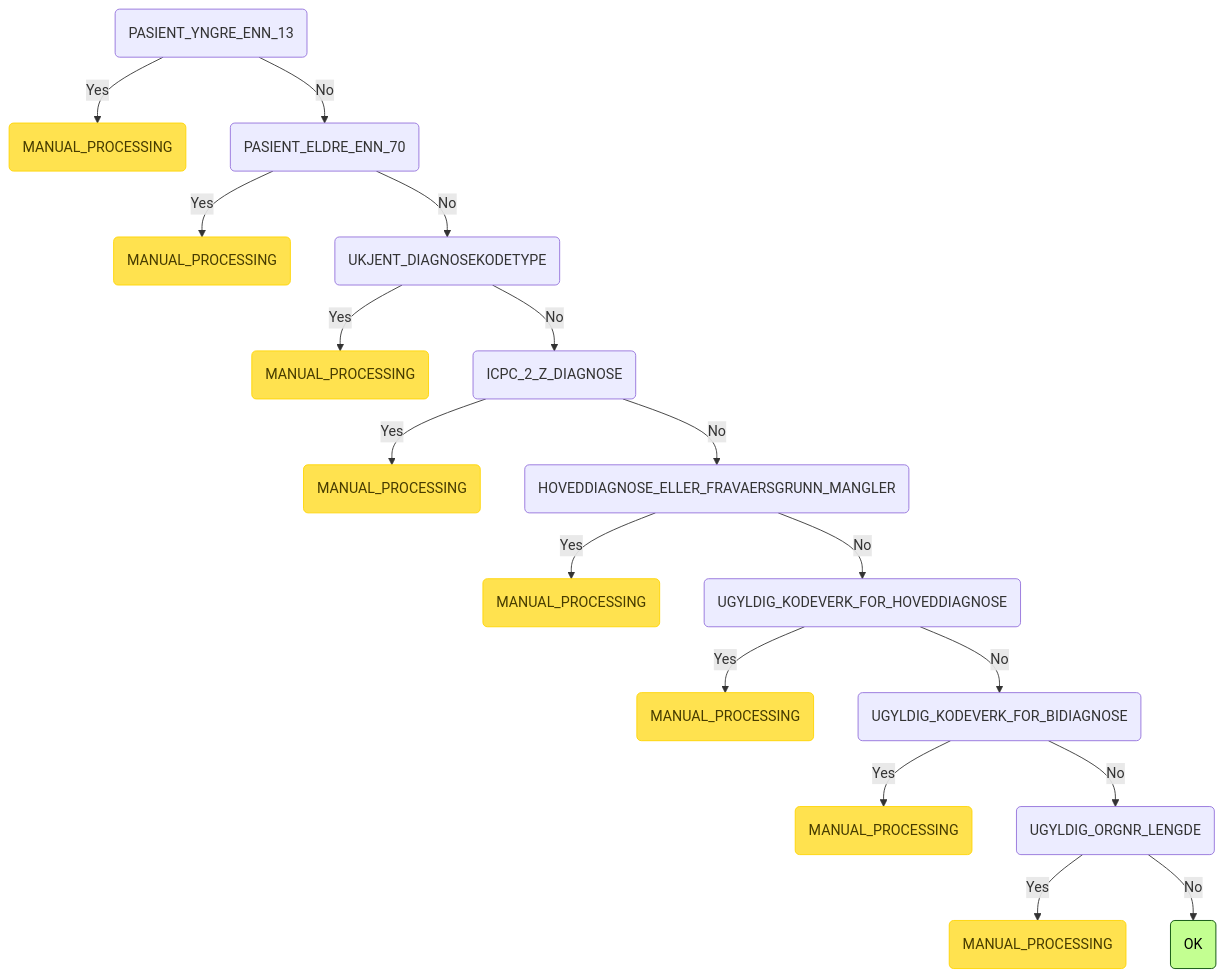
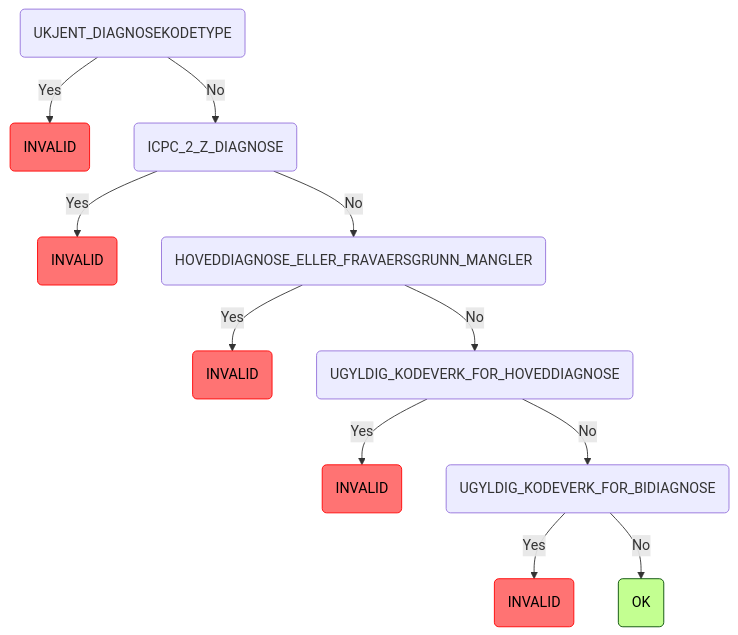
One commit to navikt/syfosmpapirregler changed the fifth of 10 diagrams in README.md. Above: the diagram before and after it, drawn with Mermaid. The commit also changed other lines of this file and 40 other files, not shown here.

````diff
--- a/README.md
+++ b/README.md
@@ -68,22 +102,16 @@
 ```mermaid
 graph TD
-    root(PASIENT_YNGRE_ENN_13) -->|Yes| root_PASIENT_YNGRE_ENN_13_MANUAL_PROCESSING(MANUAL_PROCESSING):::manuell
-    root(PASIENT_YNGRE_ENN_13) -->|No| root_PASIENT_YNGRE_ENN_13_PASIENT_ELDRE_ENN_70(PASIENT_ELDRE_ENN_70)
-    root_PASIENT_YNGRE_ENN_13_PASIENT_ELDRE_ENN_70(PASIENT_ELDRE_ENN_70) -->|Yes| root_PASIENT_YNGRE_ENN_13_PASIENT_ELDRE_ENN_70_MANUAL_PROCESSING(MANUAL_PROCESSING):::manuell
-    root_PASIENT_YNGRE_ENN_13_PASIENT_ELDRE_ENN_70(PASIENT_ELDRE_ENN_70) -->|No| root_PASIENT_YNGRE_ENN_13_PASIENT_ELDRE_ENN_70_UKJENT_DIAGNOSEKODETYPE(UKJENT_DIAGNOSEKODETYPE)
-    root_PASIENT_YNGRE_ENN_13_PASIENT_ELDRE_ENN_70_UKJENT_DIAGNOSEKODETYPE(UKJENT_DIAGNOSEKODETYPE) -->|Yes| root_PASIENT_YNGRE_ENN_13_PASIENT_ELDRE_ENN_70_UKJENT_DIAGNOSEKODETYPE_MANUAL_PROCESSING(MANUAL_PROCESSING):::manuell
-    root_PASIENT_YNGRE_ENN_13_PASIENT_ELDRE_ENN_70_UKJENT_DIAGNOSEKODETYPE(UKJENT_DIAGNOSEKODETYPE) -->|No| root_PASIENT_YNGRE_ENN_13_PASIENT_ELDRE_ENN_70_UKJENT_DIAGNOSEKODETYPE_ICPC_2_Z_DIAGNOSE(ICPC_2_Z_DIAGNOSE)
-    root_PASIENT_YNGRE_ENN_13_PASIENT_ELDRE_ENN_70_UKJENT_DIAGNOSEKODETYPE_ICPC_2_Z_DIAGNOSE(ICPC_2_Z_DIAGNOSE) -->|Yes| root_PASIENT_YNGRE_ENN_13_PASIENT_ELDRE_ENN_70_UKJENT_DIAGNOSEKODETYPE_ICPC_2_Z_DIAGNOSE_MANUAL_PROCESSING(MANUAL_PROCESSING):::manuell
-    root_PASIENT_YNGRE_ENN_13_PASIENT_ELDRE_ENN_70_UKJENT_DIAGNOSEKODETYPE_ICPC_2_Z_DIAGNOSE(ICPC_2_Z_DIAGNOSE) -->|No| root_PASIENT_YNGRE_ENN_13_PASIENT_ELDRE_ENN_70_UKJENT_DIAGNOSEKODETYPE_ICPC_2_Z_DIAGNOSE_HOVEDDIAGNOSE_ELLER_FRAVAERSGRUNN_MANGLER(HOVEDDIAGNOSE_ELLER_FRAVAERSGRUNN_MANGLER)
-    root_PASIENT_YNGRE_ENN_13_PASIENT_ELDRE_ENN_70_UKJENT_DIAGNOSEKODETYPE_ICPC_2_Z_DIAGNOSE_HOVEDDIAGNOSE_ELLER_FRAVAERSGRUNN_MANGLER(HOVEDDIAGNOSE_ELLER_FRAVAERSGRUNN_MANGLER) -->|Yes| root_PASIENT_YNGRE_ENN_13_PASIENT_ELDRE_ENN_70_UKJENT_DIAGNOSEKODETYPE_ICPC_2_Z_DIAGNOSE_HOVEDDIAGNOSE_ELLER_FRAVAERSGRUNN_MANGLER_MANUAL_PROCESSING(MANUAL_PROCESSING):::manuell
-    root_PASIENT_YNGRE_ENN_13_PASIENT_ELDRE_ENN_70_UKJENT_DIAGNOSEKODETYPE_ICPC_2_Z_DIAGNOSE_HOVEDDIAGNOSE_ELLER_FRAVAERSGRUNN_MANGLER(HOVEDDIAGNOSE_ELLER_FRAVAERSGRUNN_MANGLER) -->|No| root_PASIENT_YNGRE_ENN_13_PASIENT_ELDRE_ENN_70_UKJENT_DIAGNOSEKODETYPE_ICPC_2_Z_DIAGNOSE_HOVEDDIAGNOSE_ELLER_FRAVAERSGRUNN_MANGLER_UGYLDIG_KODEVERK_FOR_HOVEDDIAGNOSE(UGYLDIG_KODEVERK_FOR_HOVEDDIAGNOSE)
-    root_PASIENT_YNGRE_ENN_13_PASIENT_ELDRE_ENN_70_UKJENT_DIAGNOSEKODETYPE_ICPC_2_Z_DIAGNOSE_HOVEDDIAGNOSE_ELLER_FRAVAERSGRUNN_MANGLER_UGYLDIG_KODEVERK_FOR_HOVEDDIAGNOSE(UGYLDIG_KODEVERK_FOR_HOVEDDIAGNOSE) -->|Yes| root_PASIENT_YNGRE_ENN_13_PASIENT_ELDRE_ENN_70_UKJENT_DIAGNOSEKODETYPE_ICPC_2_Z_DIAGNOSE_HOVEDDIAGNOSE_ELLER_FRAVAERSGRUNN_MANGLER_UGYLDIG_KODEVERK_FOR_HOVEDDIAGNOSE_MANUAL_PROCESSING(MANUAL_PROCESSING):::manuell
-    root_PASIENT_YNGRE_ENN_13_PASIENT_ELDRE_ENN_70_UKJENT_DIAGNOSEKODETYPE_ICPC_2_Z_DIAGNOSE_HOVEDDIAGNOSE_ELLER_FRAVAERSGRUNN_MANGLER_UGYLDIG_KODEVERK_FOR_HOVEDDIAGNOSE(UGYLDIG_KODEVERK_FOR_HOVEDDIAGNOSE) -->|No| root_PASIENT_YNGRE_ENN_13_PASIENT_ELDRE_ENN_70_UKJENT_DIAGNOSEKODETYPE_ICPC_2_Z_DIAGNOSE_HOVEDDIAGNOSE_ELLER_FRAVAERSGRUNN_MANGLER_UGYLDIG_KODEVERK_FOR_HOVEDDIAGNOSE_UGYLDIG_KODEVERK_FOR_BIDIAGNOSE(UGYLDIG_KODEVERK_FOR_BIDIAGNOSE)
-    root_PASIENT_YNGRE_ENN_13_PASIENT_ELDRE_ENN_70_UKJENT_DIAGNOSEKODETYPE_ICPC_2_Z_DIAGNOSE_HOVEDDIAGNOSE_ELLER_FRAVAERSGRUNN_MANGLER_UGYLDIG_KODEVERK_FOR_HOVEDDIAGNOSE_UGYLDIG_KODEVERK_FOR_BIDIAGNOSE(UGYLDIG_KODEVERK_FOR_BIDIAGNOSE) -->|Yes| root_PASIENT_YNGRE_ENN_13_PASIENT_ELDRE_ENN_70_UKJENT_DIAGNOSEKODETYPE_ICPC_2_Z_DIAGNOSE_HOVEDDIAGNOSE_ELLER_FRAVAERSGRUNN_MANGLER_UGYLDIG_KODEVERK_FOR_HOVEDDIAGNOSE_UGYLDIG_KODEVERK_FOR_BIDIAGNOSE_MANUAL_PROCESSING(MANUAL_PROCESSING):::manuell
-    root_PASIENT_YNGRE_ENN_13_PASIENT_ELDRE_ENN_70_UKJENT_DIAGNOSEKODETYPE_ICPC_2_Z_DIAGNOSE_HOVEDDIAGNOSE_ELLER_FRAVAERSGRUNN_MANGLER_UGYLDIG_KODEVERK_FOR_HOVEDDIAGNOSE_UGYLDIG_KODEVERK_FOR_BIDIAGNOSE(UGYLDIG_KODEVERK_FOR_BIDIAGNOSE) -->|No| root_PASIENT_YNGRE_ENN_13_PASIENT_ELDRE_ENN_70_UKJENT_DIAGNOSEKODETYPE_ICPC_2_Z_DIAGNOSE_HOVEDDIAGNOSE_ELLER_FRAVAERSGRUNN_MANGLER_UGYLDIG_KODEVERK_FOR_HOVEDDIAGNOSE_UGYLDIG_KODEVERK_FOR_BIDIAGNOSE_UGYLDIG_ORGNR_LENGDE(UGYLDIG_ORGNR_LENGDE)
-    root_PASIENT_YNGRE_ENN_13_PASIENT_ELDRE_ENN_70_UKJENT_DIAGNOSEKODETYPE_ICPC_2_Z_DIAGNOSE_HOVEDDIAGNOSE_ELLER_FRAVAERSGRUNN_MANGLER_UGYLDIG_KODEVERK_FOR_HOVEDDIAGNOSE_UGYLDIG_KODEVERK_FOR_BIDIAGNOSE_UGYLDIG_ORGNR_LENGDE(UGYLDIG_ORGNR_LENGDE) -->|Yes| root_PASIENT_YNGRE_ENN_13_PASIENT_ELDRE_ENN_70_UKJENT_DIAGNOSEKODETYPE_ICPC_2_Z_DIAGNOSE_HOVEDDIAGNOSE_ELLER_FRAVAERSGRUNN_MANGLER_UGYLDIG_KODEVERK_FOR_HOVEDDIAGNOSE_UGYLDIG_KODEVERK_FOR_BIDIAGNOSE_UGYLDIG_ORGNR_LENGDE_MANUAL_PROCESSING(MANUAL_PROCESSING):::manuell
-    root_PASIENT_YNGRE_ENN_13_PASIENT_ELDRE_ENN_70_UKJENT_DIAGNOSEKODETYPE_ICPC_2_Z_DIAGNOSE_HOVEDDIAGNOSE_ELLER_FRAVAERSGRUNN_MANGLER_UGYLDIG_KODEVERK_FOR_HOVEDDIAGNOSE_UGYLDIG_KODEVERK_FOR_BIDIAGNOSE_UGYLDIG_ORGNR_LENGDE(UGYLDIG_ORGNR_LENGDE) -->|No| root_PASIENT_YNGRE_ENN_13_PASIENT_ELDRE_ENN_70_UKJENT_DIAGNOSEKODETYPE_ICPC_2_Z_DIAGNOSE_HOVEDDIAGNOSE_ELLER_FRAVAERSGRUNN_MANGLER_UGYLDIG_KODEVERK_FOR_HOVEDDIAGNOSE_UGYLDIG_KODEVERK_FOR_BIDIAGNOSE_UGYLDIG_ORGNR_LENGDE_OK(OK):::ok
+    root(UKJENT_DIAGNOSEKODETYPE) -->|Yes| root_UKJENT_DIAGNOSEKODETYPE_INVALID(INVALID):::invalid
+    root(UKJENT_DIAGNOSEKODETYPE) -->|No| root_UKJENT_DIAGNOSEKODETYPE_ICPC_2_Z_DIAGNOSE(ICPC_2_Z_DIAGNOSE)
+    root_UKJENT_DIAGNOSEKODETYPE_ICPC_2_Z_DIAGNOSE(ICPC_2_Z_DIAGNOSE) -->|Yes| root_UKJENT_DIAGNOSEKODETYPE_ICPC_2_Z_DIAGNOSE_INVALID(INVALID):::invalid
+    root_UKJENT_DIAGNOSEKODETYPE_ICPC_2_Z_DIAGNOSE(ICPC_2_Z_DIAGNOSE) -->|No| root_UKJENT_DIAGNOSEKODETYPE_ICPC_2_Z_DIAGNOSE_HOVEDDIAGNOSE_ELLER_FRAVAERSGRUNN_MANGLER(HOVEDDIAGNOSE_ELLER_FRAVAERSGRUNN_MANGLER)
+    root_UKJENT_DIAGNOSEKODETYPE_ICPC_2_Z_DIAGNOSE_HOVEDDIAGNOSE_ELLER_FRAVAERSGRUNN_MANGLER(HOVEDDIAGNOSE_ELLER_FRAVAERSGRUNN_MANGLER) -->|Yes| root_UKJENT_DIAGNOSEKODETYPE_ICPC_2_Z_DIAGNOSE_HOVEDDIAGNOSE_ELLER_FRAVAERSGRUNN_MANGLER_INVALID(INVALID):::invalid
+    root_UKJENT_DIAGNOSEKODETYPE_ICPC_2_Z_DIAGNOSE_HOVEDDIAGNOSE_ELLER_FRAVAERSGRUNN_MANGLER(HOVEDDIAGNOSE_ELLER_FRAVAERSGRUNN_MANGLER) -->|No| root_UKJENT_DIAGNOSEKODETYPE_ICPC_2_Z_DIAGNOSE_HOVEDDIAGNOSE_ELLER_FRAVAERSGRUNN_MANGLER_UGYLDIG_KODEVERK_FOR_HOVEDDIAGNOSE(UGYLDIG_KODEVERK_FOR_HOVEDDIAGNOSE)
+    root_UKJENT_DIAGNOSEKODETYPE_ICPC_2_Z_DIAGNOSE_HOVEDDIAGNOSE_ELLER_FRAVAERSGRUNN_MANGLER_UGYLDIG_KODEVERK_FOR_HOVEDDIAGNOSE(UGYLDIG_KODEVERK_FOR_HOVEDDIAGNOSE) -->|Yes| root_UKJENT_DIAGNOSEKODETYPE_ICPC_2_Z_DIAGNOSE_HOVEDDIAGNOSE_ELLER_FRAVAERSGRUNN_MANGLER_UGYLDIG_KODEVERK_FOR_HOVEDDIAGNOSE_INVALID(INVALID):::invalid
+    root_UKJENT_DIAGNOSEKODETYPE_ICPC_2_Z_DIAGNOSE_HOVEDDIAGNOSE_ELLER_FRAVAERSGRUNN_MANGLER_UGYLDIG_KODEVERK_FOR_HOVEDDIAGNOSE(UGYLDIG_KODEVERK_FOR_HOVEDDIAGNOSE) -->|No| root_UKJENT_DIAGNOSEKODETYPE_ICPC_2_Z_DIAGNOSE_HOVEDDIAGNOSE_ELLER_FRAVAERSGRUNN_MANGLER_UGYLDIG_KODEVERK_FOR_HOVEDDIAGNOSE_UGYLDIG_KODEVERK_FOR_BIDIAGNOSE(UGYLDIG_KODEVERK_FOR_BIDIAGNOSE)
+    root_UKJENT_DIAGNOSEKODETYPE_ICPC_2_Z_DIAGNOSE_HOVEDDIAGNOSE_ELLER_FRAVAERSGRUNN_MANGLER_UGYLDIG_KODEVERK_FOR_HOVEDDIAGNOSE_UGYLDIG_KODEVERK_FOR_BIDIAGNOSE(UGYLDIG_KODEVERK_FOR_BIDIAGNOSE) -->|Yes| root_UKJENT_DIAGNOSEKODETYPE_ICPC_2_Z_DIAGNOSE_HOVEDDIAGNOSE_ELLER_FRAVAERSGRUNN_MANGLER_UGYLDIG_KODEVERK_FOR_HOVEDDIAGNOSE_UGYLDIG_KODEVERK_FOR_BIDIAGNOSE_INVALID(INVALID):::invalid
+    root_UKJENT_DIAGNOSEKODETYPE_ICPC_2_Z_DIAGNOSE_HOVEDDIAGNOSE_ELLER_FRAVAERSGRUNN_MANGLER_UGYLDIG_KODEVERK_FOR_HOVEDDIAGNOSE_UGYLDIG_KODEVERK_FOR_BIDIAGNOSE(UGYLDIG_KODEVERK_FOR_BIDIAGNOSE) -->|No| root_UKJENT_DIAGNOSEKODETYPE_ICPC_2_Z_DIAGNOSE_HOVEDDIAGNOSE_ELLER_FRAVAERSGRUNN_MANGLER_UGYLDIG_KODEVERK_FOR_HOVEDDIAGNOSE_UGYLDIG_KODEVERK_FOR_BIDIAGNOSE_OK(OK):::ok
     classDef ok fill:#c3ff91,stroke:#004a00,color: black;
     classDef invalid fill:#ff7373,stroke:#ff0000,color: black;
     classDef manuell fill:#ffe24f,stroke:#ffd500,color: #473c00;
 ```
````
